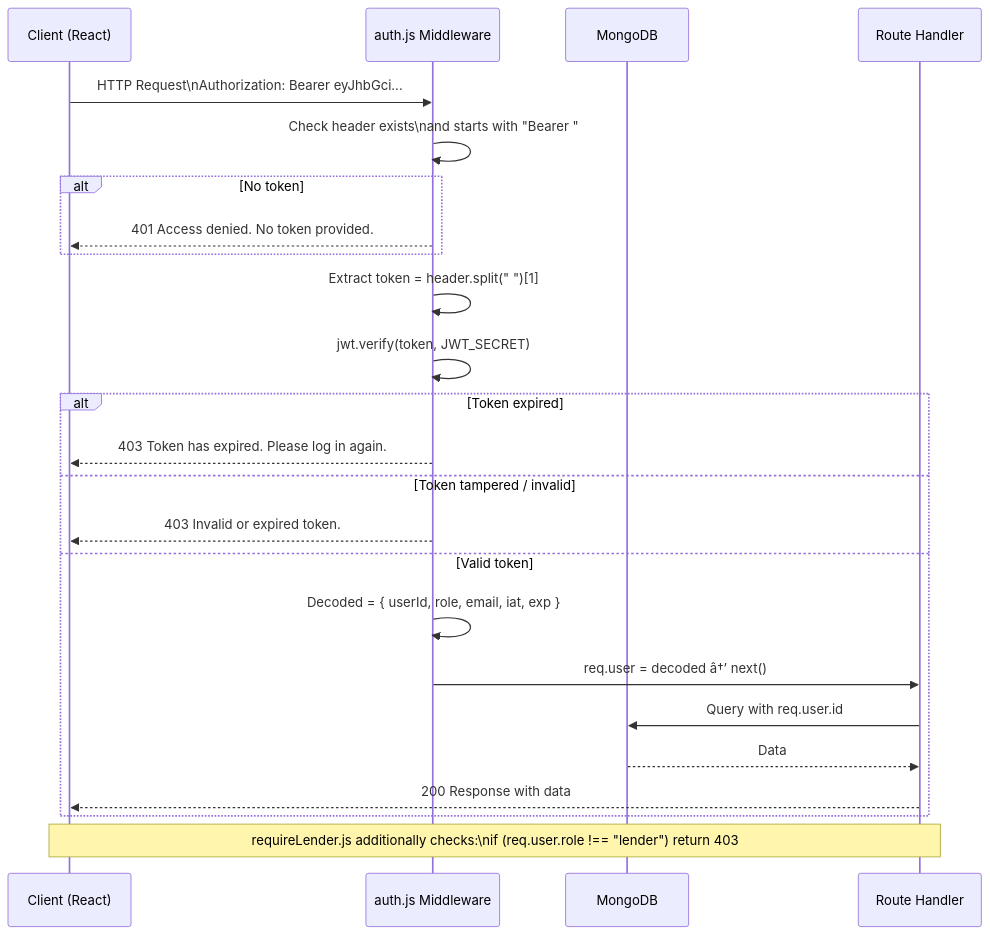
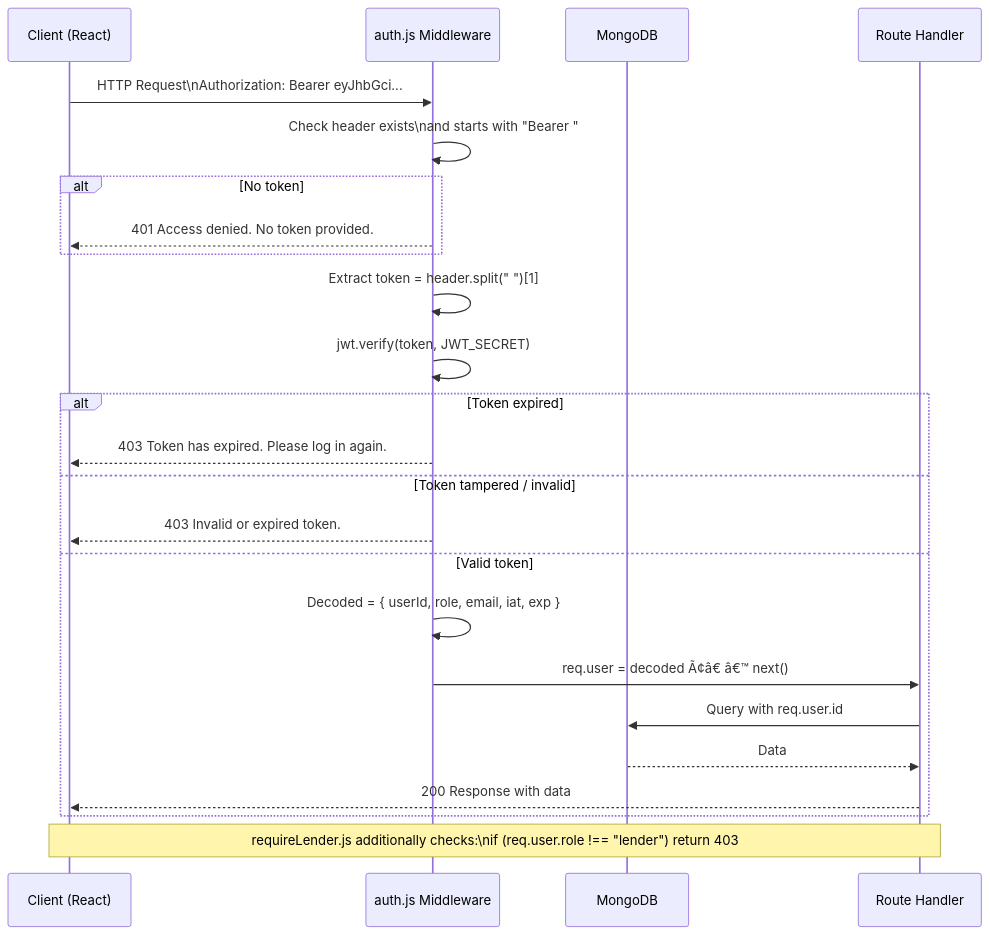
Before and after one commit to sivamaniganjerupalli/simplified-microloans: diagram 14 of 21 in PROCESS_FLOWS.md, drawn with Mermaid. The commit also changed other lines of this file and 14 other files, not shown here.

````diff
--- a/PROCESS_FLOWS.md
+++ b/PROCESS_FLOWS.md
@@ -494,31 +494,31 @@
 ```mermaid
 sequenceDiagram
     participant C as Client (React)
     participant MW as auth.js Middleware
     participant DB as MongoDB
     participant H as Route Handler
 
     C->>MW: HTTP Request\nAuthorization: Bearer eyJhbGci...
 
     MW->>MW: Check header exists\nand starts with "Bearer "
     alt No token
         MW-->>C: 401 Access denied. No token provided.
     end
 
     MW->>MW: Extract token = header.split(" ")[1]
     MW->>MW: jwt.verify(token, JWT_SECRET)
 
     alt Token expired
         MW-->>C: 403 Token has expired. Please log in again.
     else Token tampered / invalid
         MW-->>C: 403 Invalid or expired token.
     else Valid token
         MW->>MW: Decoded = { userId, role, email, iat, exp }
-        MW->>H: req.user = decoded â†’ next()
+        MW->>H: req.user = decoded Ã¢â€ â€™ next()
         H->>DB: Query with req.user.id
         DB-->>H: Data
         H-->>C: 200 Response with data
     end
 
     Note over C,H: requireLender.js additionally checks:\nif (req.user.role !== "lender") return 403
 ```
````
